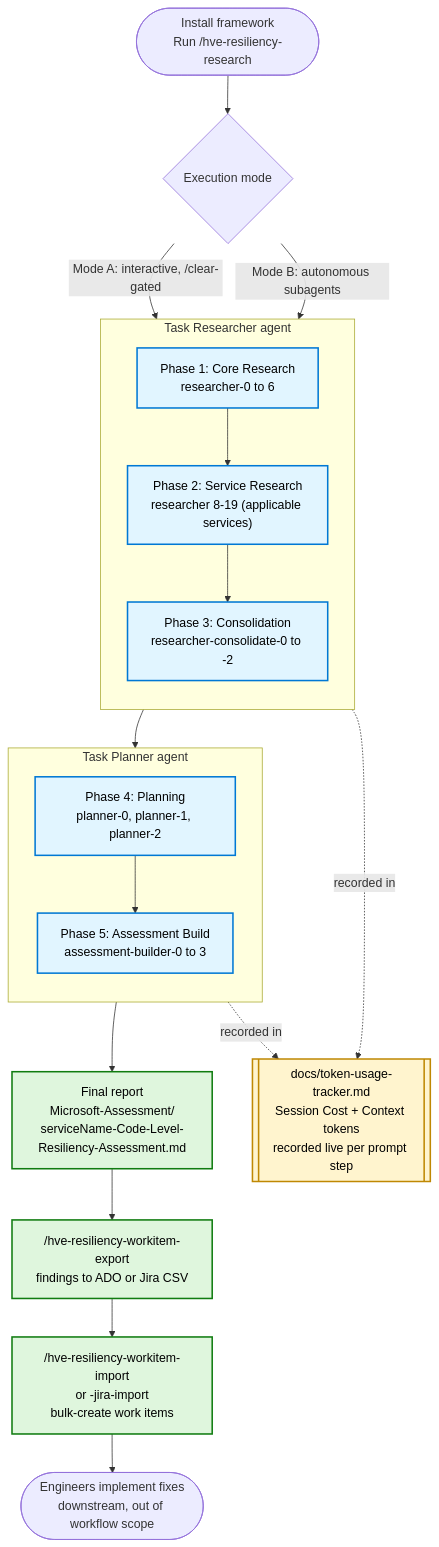
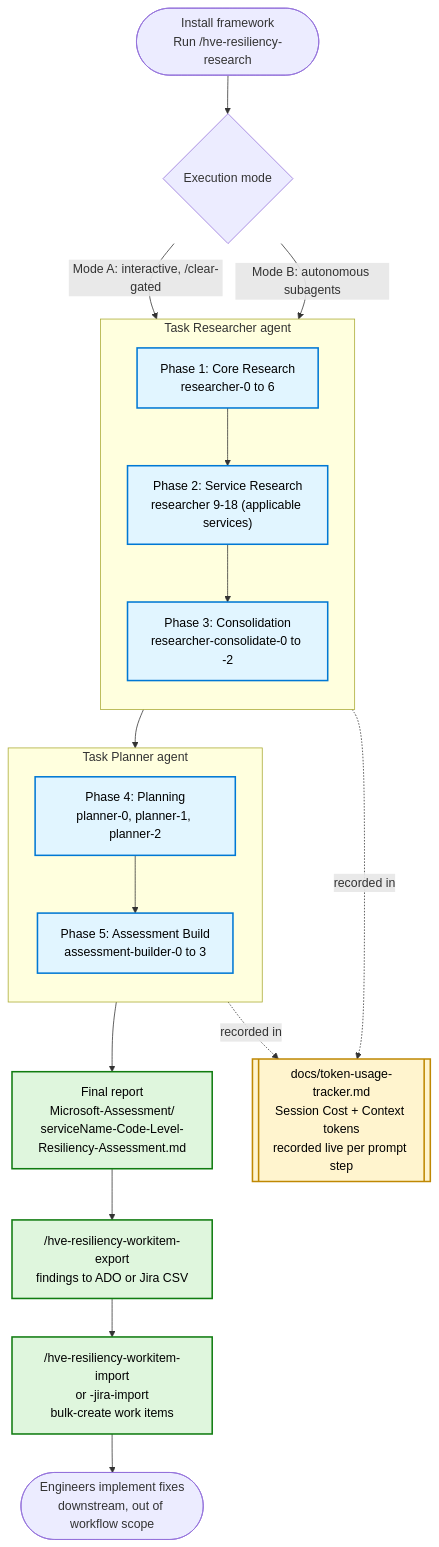
One commit to venkatramanagyambavantha-code/HVE-Resiliency changed the first of 2 diagrams in docs/telemetry-report-workflow.md. Above: the diagram before and after it, drawn with Mermaid. The commit also changed 14 other files, not shown here.

````diff
--- a/docs/telemetry-report-workflow.md
+++ b/docs/telemetry-report-workflow.md
@@ -56,39 +56,39 @@
 ```mermaid
 flowchart TD
     START([Install framework<br/>Run /hve-resiliency-research]) --> MODE{Execution mode}
     MODE -- "Mode A: interactive, /clear-gated" --> P1
     MODE -- "Mode B: autonomous subagents" --> P1
 
     subgraph RESEARCH [Task Researcher agent]
         direction TB
         P1["Phase 1: Core Research<br/>researcher-0 to 6"]
-        P2["Phase 2: Service Research<br/>researcher 8-19 (applicable services)"]
+        P2["Phase 2: Service Research<br/>researcher 9-18 (applicable services)"]
         P3["Phase 3: Consolidation<br/>researcher-consolidate-0 to -2"]
         P1 --> P2 --> P3
     end
 
     subgraph PLAN [Task Planner agent]
         direction TB
         P4["Phase 4: Planning<br/>planner-0, planner-1, planner-2"]
         P5["Phase 5: Assessment Build<br/>assessment-builder-0 to 3"]
         P4 --> P5
     end
 
     P3 --> P4
     P5 --> REPORT["Final report<br/>Microsoft-Assessment/<br/>serviceName-Code-Level-Resiliency-Assessment.md"]
 
     REPORT --> EXPORT["/hve-resiliency-workitem-export<br/>findings to ADO or Jira CSV"]
     EXPORT --> IMPORT["/hve-resiliency-workitem-import<br/>or -jira-import<br/>bulk-create work items"]
     IMPORT --> REMEDIATE([Engineers implement fixes<br/>downstream, out of workflow scope])
 
     TRACK[["docs/token-usage-tracker.md<br/>Session Cost + Context tokens<br/>recorded live per prompt step"]]
     RESEARCH -.recorded in.-> TRACK
     PLAN -.recorded in.-> TRACK
 
     classDef phase fill:#e1f5ff,stroke:#0078d4,stroke-width:2px,color:#000
     classDef out fill:#dff6dd,stroke:#107c10,stroke-width:2px,color:#000
     classDef track fill:#fff4ce,stroke:#bf8803,stroke-width:2px,color:#000
     class P1,P2,P3,P4,P5 phase
     class REPORT,EXPORT,IMPORT out
     class TRACK track
 ```
````
